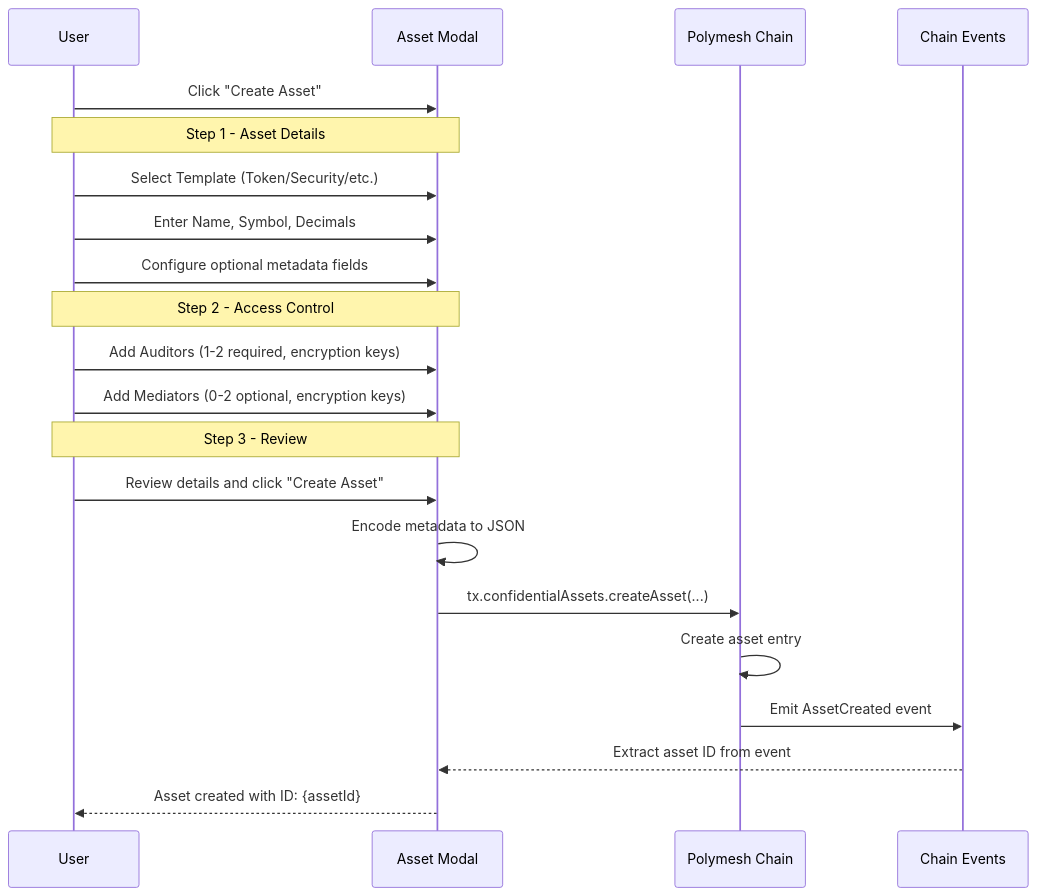
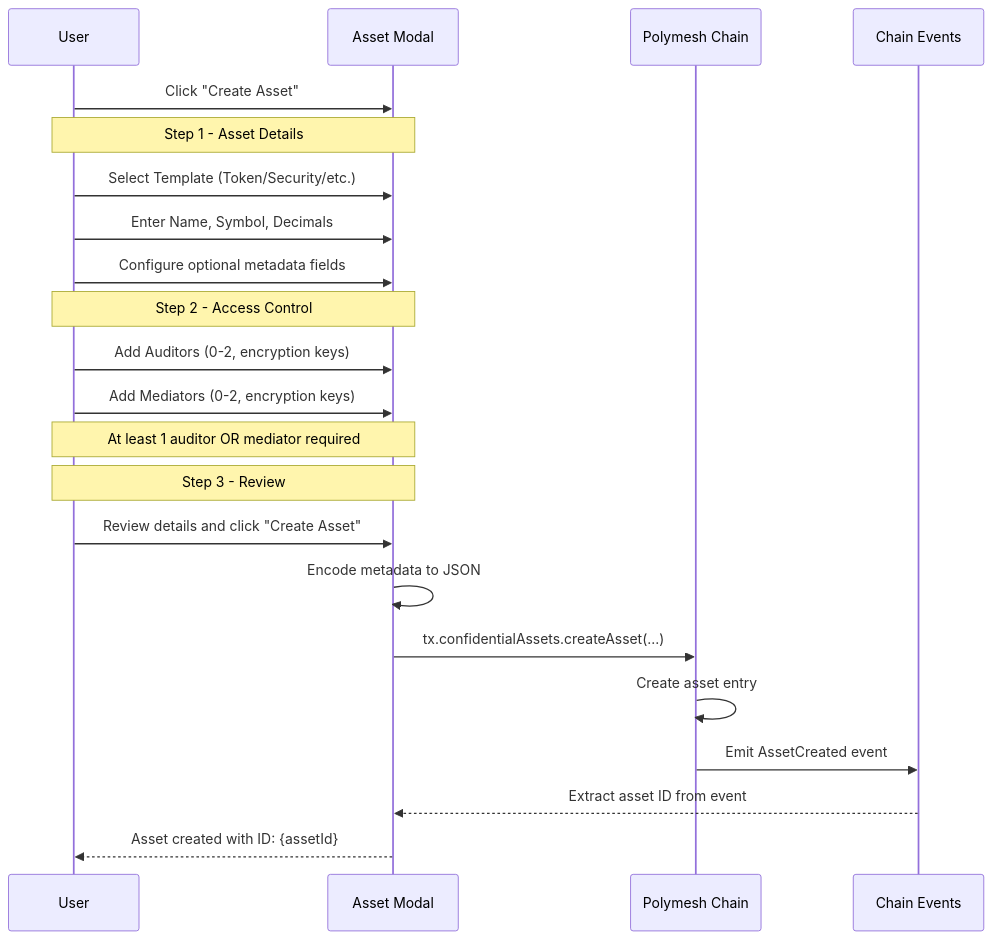
One commit to PolymeshAssociation/confidential-assets-ui changed diagram 14 of 27 in docs/WORKFLOWS.md. Above: the diagram before and after it, drawn with Mermaid. The commit also changed 2 other files, not shown here.

Commit message:
feat: update asset creation to allow min one auditor OR mediator

````diff
--- a/docs/WORKFLOWS.md
+++ b/docs/WORKFLOWS.md
@@ -266,28 +266,29 @@
 ```mermaid
 sequenceDiagram
     participant User
     participant UI as Asset Modal
     participant Chain as Polymesh Chain
     participant Events as Chain Events
 
     User->>UI: Click "Create Asset"
 
     Note over User,UI: Step 1 - Asset Details
     User->>UI: Select Template (Token/Security/etc.)
     User->>UI: Enter Name, Symbol, Decimals
     User->>UI: Configure optional metadata fields
 
     Note over User,UI: Step 2 - Access Control
-    User->>UI: Add Auditors (1-2 required, encryption keys)
-    User->>UI: Add Mediators (0-2 optional, encryption keys)
+    User->>UI: Add Auditors (0-2, encryption keys)
+    User->>UI: Add Mediators (0-2, encryption keys)
+    Note over User,UI: At least 1 auditor OR mediator required
 
     Note over User,UI: Step 3 - Review
     User->>UI: Review details and click "Create Asset"
 
     UI->>UI: Encode metadata to JSON
     UI->>Chain: tx.confidentialAssets.createAsset(...)
     Chain->>Chain: Create asset entry
     Chain->>Events: Emit AssetCreated event
     Events-->>UI: Extract asset ID from event
     UI-->>User: Asset created with ID: {assetId}
 ```
````
